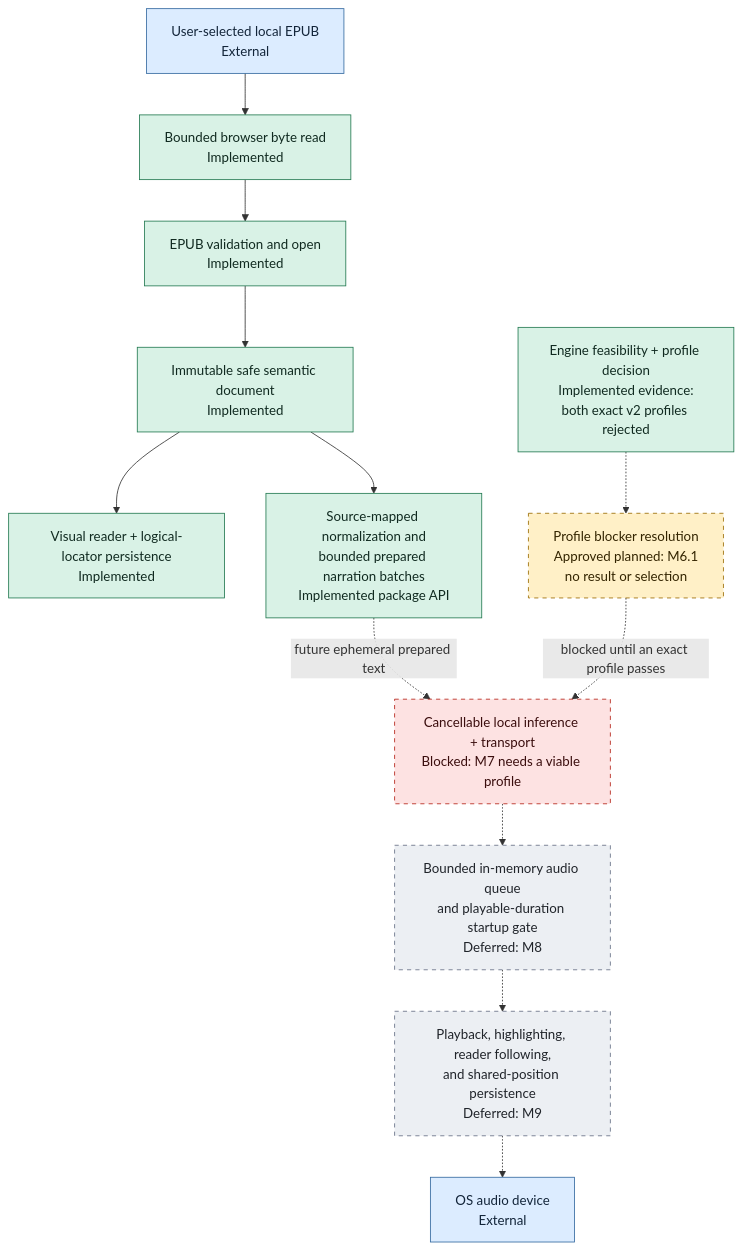
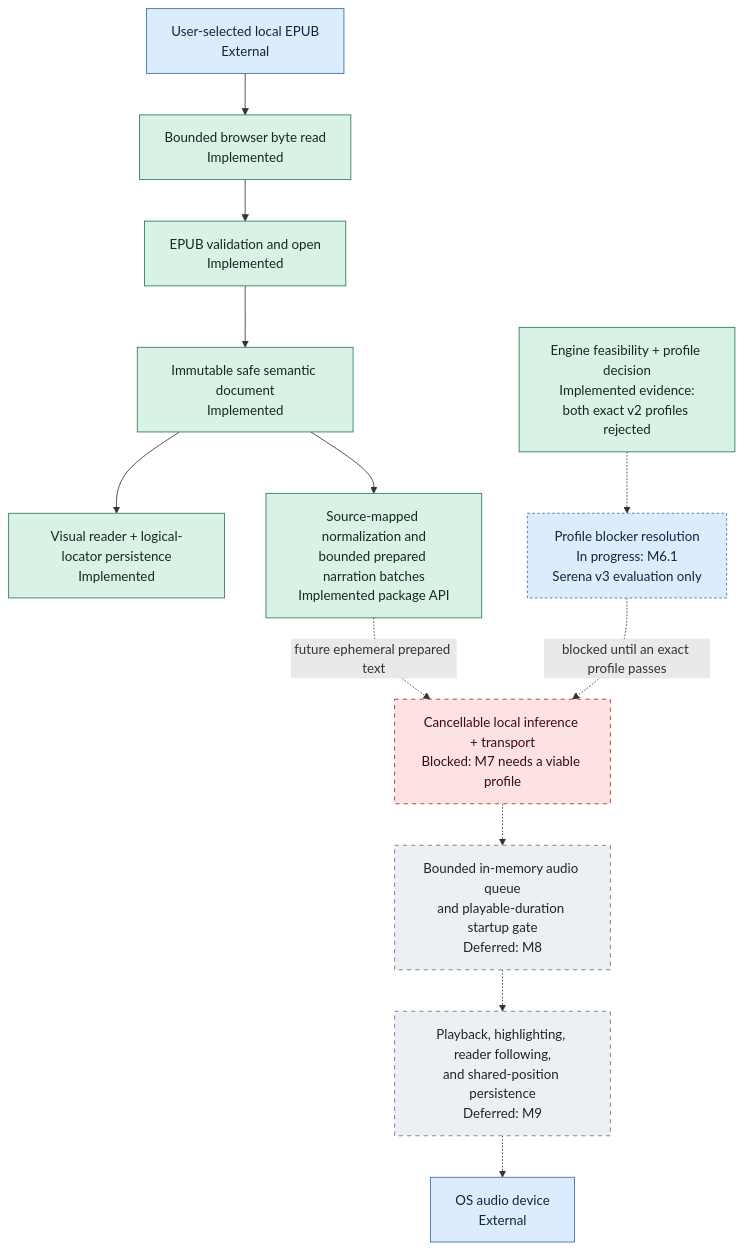
The second of 2 diagrams in docs/architecture/system-diagram.md (mmjosedaniel/voxleaf), drawn with Mermaid before and after one commit. The commit also changed other lines of this file and 28 other files, not shown here.

````diff
--- a/docs/architecture/system-diagram.md
+++ b/docs/architecture/system-diagram.md
@@ -103,31 +103,31 @@
 ```mermaid
 flowchart TD
     classDef implemented fill:#d9f2e6,stroke:#247a52,color:#102a20
     classDef progress fill:#dcecff,stroke:#356aa0,color:#13253a,stroke-dasharray: 3 3
     classDef planned fill:#fff0c7,stroke:#9a6b00,color:#332400,stroke-dasharray: 5 5
     classDef blocked fill:#fde2e2,stroke:#b42318,color:#3a0d0d,stroke-dasharray: 5 5
     classDef deferred fill:#eceff3,stroke:#667085,color:#20242a,stroke-dasharray: 5 5
     classDef external fill:#dcecff,stroke:#356aa0,color:#13253a
 
     FILE["User-selected local EPUB<br/>External"]:::external
     READ["Bounded browser byte read<br/>Implemented"]:::implemented
     OPEN["EPUB validation and open<br/>Implemented"]:::implemented
     SAFE["Immutable safe semantic document<br/>Implemented"]:::implemented
     VISUAL["Visual reader + logical-locator persistence<br/>Implemented"]:::implemented
     PREP["Source-mapped normalization and<br/>bounded prepared narration batches<br/>Implemented package API"]:::implemented
     PROFILE["Engine feasibility + profile decision<br/>Implemented evidence:<br/>both exact v2 profiles rejected"]:::implemented
-    NEXT_PROFILE["Profile blocker resolution<br/>Approved planned: M6.1<br/>no result or selection"]:::planned
+    NEXT_PROFILE["Profile blocker resolution<br/>In progress: M6.1<br/>Serena v3 evaluation only"]:::progress
     INFER["Cancellable local inference + transport<br/>Blocked: M7 needs a viable profile"]:::blocked
     BUFFER["Bounded in-memory audio queue<br/>and playable-duration startup gate<br/>Deferred: M8"]:::deferred
     FOLLOW["Playback, highlighting, reader following,<br/>and shared-position persistence<br/>Deferred: M9"]:::deferred
     DEVICE["OS audio device<br/>External"]:::external
 
     FILE --> READ --> OPEN --> SAFE --> VISUAL
     SAFE --> PREP
     PREP -.->|"future ephemeral prepared text"| INFER
     PROFILE -.-> NEXT_PROFILE
     NEXT_PROFILE -.->|"blocked until an exact profile passes"| INFER
     INFER -.-> BUFFER
     BUFFER -.-> FOLLOW
     FOLLOW -.-> DEVICE
 ```
````
